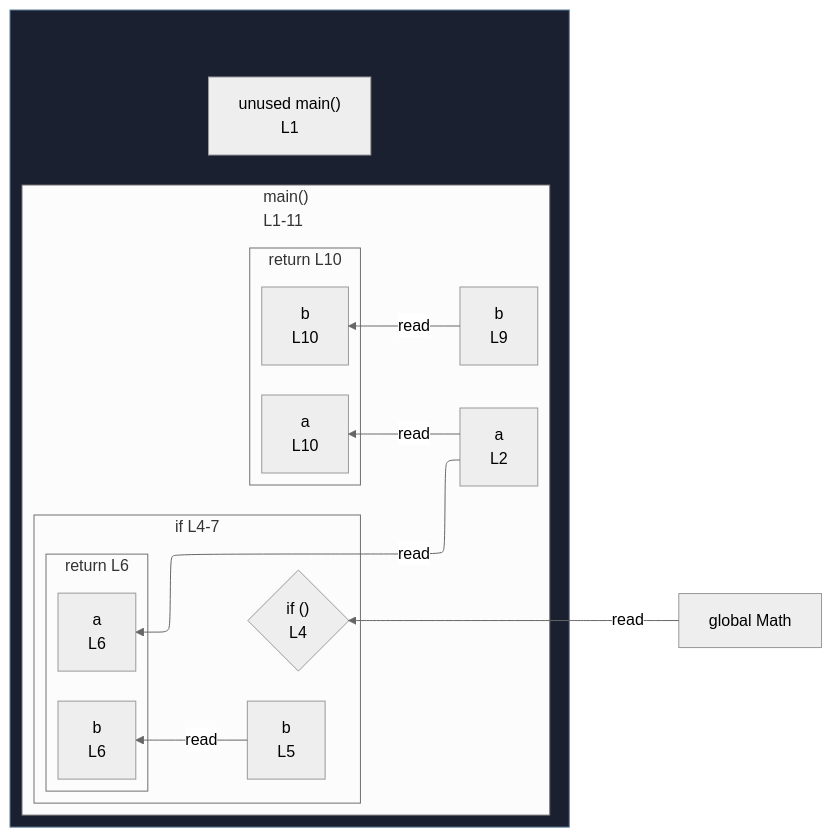
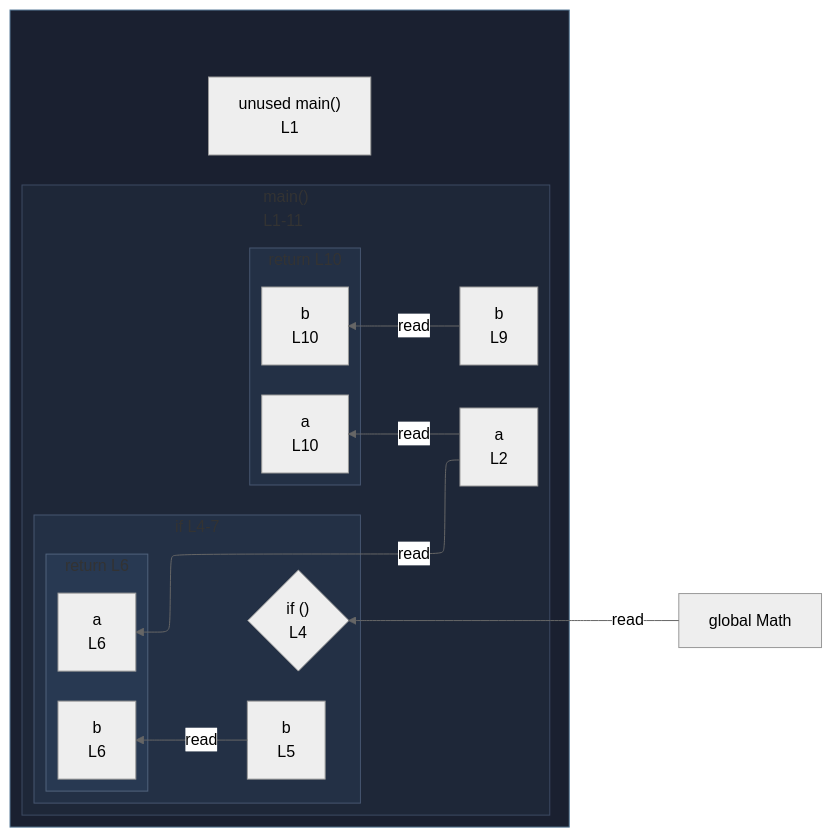
The diagram in integration/fixtures/function/declaration/nested-return/preview.md (crescware/unsnarl), drawn with Mermaid (neutral theme) before and after one commit. The commit also changed 249 other files, not shown here.

First line of the commit message:
Color Mermaid subgraphs by nesting depth via theme palette

````diff
--- a/integration/fixtures/function/declaration/nested-return/preview.md
+++ b/integration/fixtures/function/declaration/nested-return/preview.md
@@ -21,36 +21,43 @@
 ```mermaid
 %%{init: {"flowchart": {"defaultRenderer": "elk"}}}%%
 flowchart RL
   n_scope_0_Math_42["global Math"]
   subgraph wrap_s_scope_1[" "]
     direction TB
     n_scope_0_main_9["unused main()<br/>L1"]
     subgraph s_scope_1["main()<br/>L1-11"]
       direction RL
       n_scope_1_a_26["a<br/>L2"]
       n_scope_1_b_119["b<br/>L9"]
       subgraph s_scope_2["if L4-7"]
         direction RL
         if_test_scope_1_38{"if ()<br/>L4"}
         n_scope_2_b_75["b<br/>L5"]
         subgraph s_return_scope_0_main_9_89_105["return L6"]
           direction RL
           ret_use_ref_3["a<br/>L6"]
           ret_use_ref_4["b<br/>L6"]
         end
       end
       subgraph s_return_scope_0_main_9_131_147["return L10"]
         direction RL
         ret_use_ref_6["a<br/>L10"]
         ret_use_ref_7["b<br/>L10"]
       end
     end
   end
   n_scope_0_Math_42 -->|read| if_test_scope_1_38
   n_scope_1_a_26 -->|read| ret_use_ref_3
   n_scope_2_b_75 -->|read| ret_use_ref_4
   n_scope_1_a_26 -->|read| ret_use_ref_6
   n_scope_1_b_119 -->|read| ret_use_ref_7
   classDef fnWrap fill:#1a2030,stroke:#5a7d99;
   class wrap_s_scope_1 fnWrap;
+  classDef nestL1 fill:#1e2738,stroke:#3d4a63;
+  class s_scope_1 nestL1;
+  classDef nestL2 fill:#233045,stroke:#475670;
+  class s_scope_2 nestL2;
+  class s_return_scope_0_main_9_131_147 nestL2;
+  classDef nestL3 fill:#283952,stroke:#51637d;
+  class s_return_scope_0_main_9_89_105 nestL3;
 ```
````
